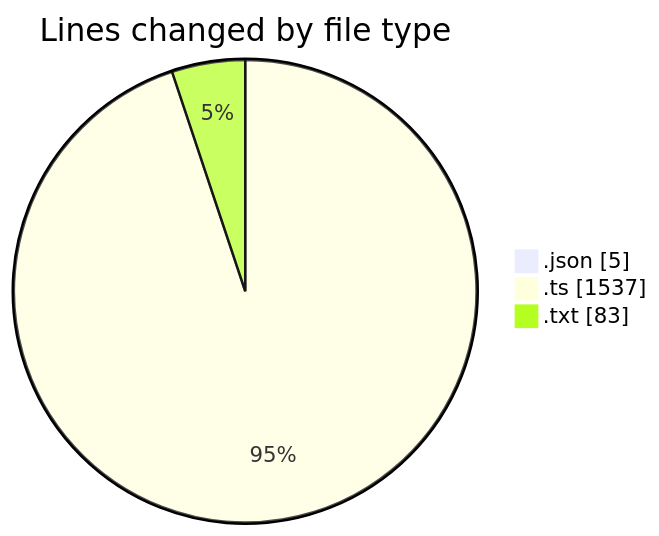
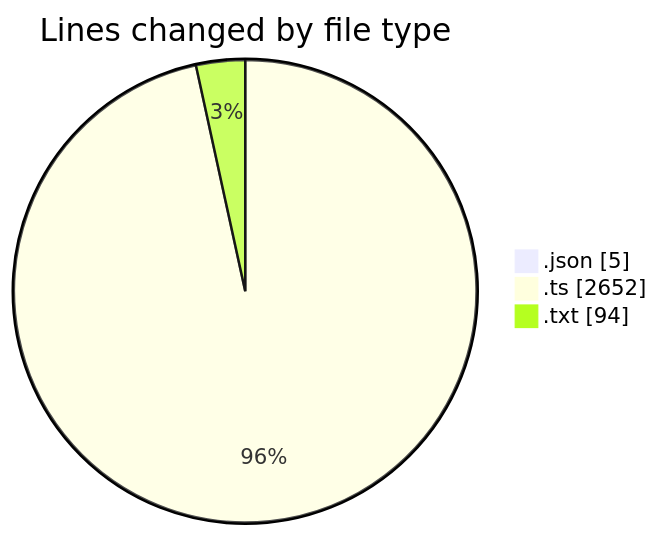
One commit to CELIANVF/code-tracking changed the first of 2 diagrams in 2025-05-27/ecodeli-1/README.md. Above: the diagram before and after it, drawn with Mermaid. The commit also changed other lines of this file and 1 other file, not shown here.

````diff
--- a/2025-05-27/ecodeli-1/README.md
+++ b/2025-05-27/ecodeli-1/README.md
@@ -23,7 +24,7 @@
 ```mermaid
 pie showData
 title Lines changed by file type
 ".json" : 5
-".ts" : 1537
-".txt" : 83
+".ts" : 2652
+".txt" : 94
 ```
````
